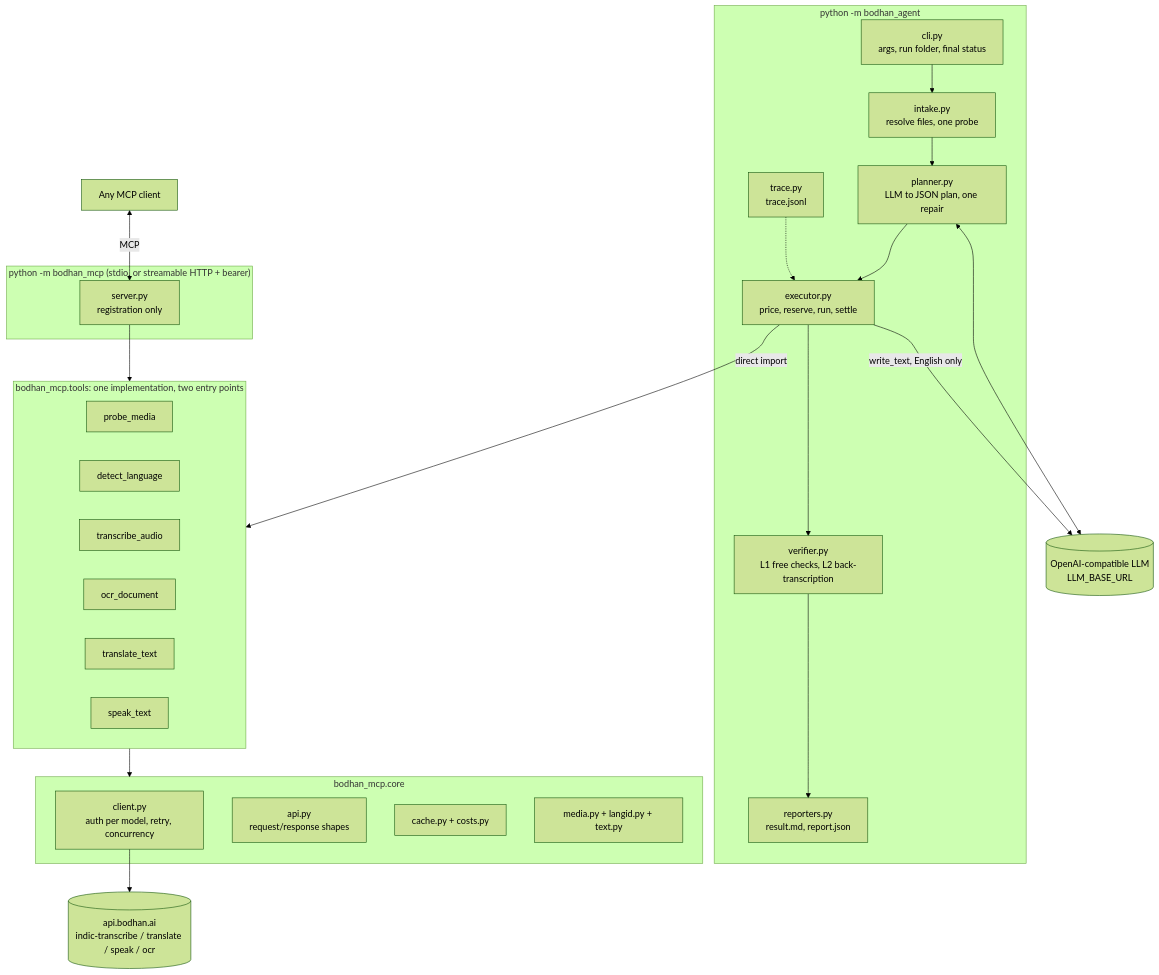
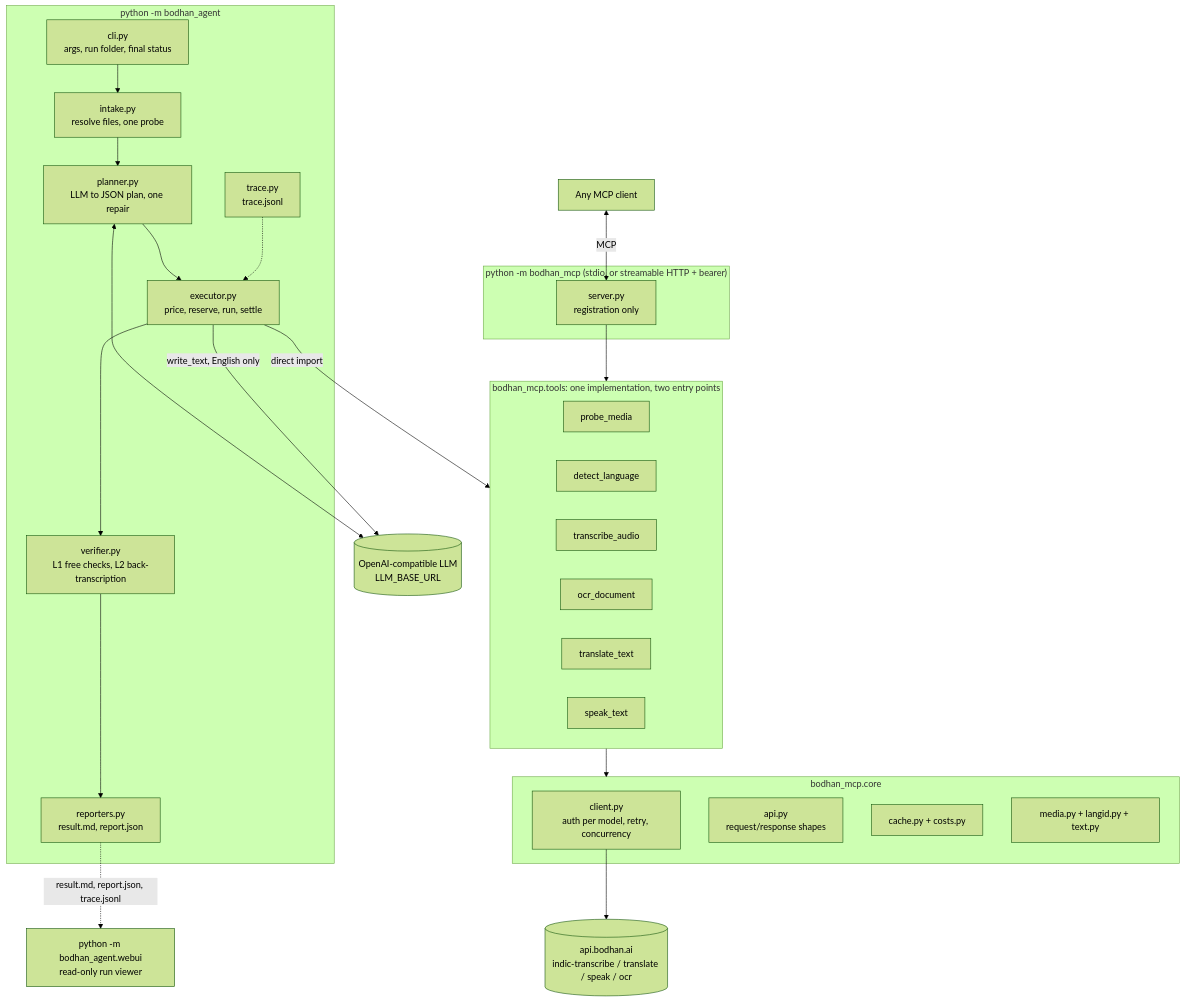
One commit to Bodhan-AI/Bodhan-AI-Cookbook changed the diagram in examples/indic_task_agent/docs/architecture.md. Above: the diagram before and after it, drawn with Mermaid (forest theme). The commit also changed 10 other files, not shown here.

````diff
--- a/examples/indic_task_agent/docs/architecture.md
+++ b/examples/indic_task_agent/docs/architecture.md
@@ -3,41 +3,44 @@
 ```mermaid
 graph TB
   subgraph AGENT["python -m bodhan_agent"]
     CLI["cli.py<br/>args, run folder, final status"] --> IN["intake.py<br/>resolve files, one probe"]
     IN --> PL["planner.py<br/>LLM to JSON plan, one repair"]
     PL --> EX["executor.py<br/>price, reserve, run, settle"]
     EX --> VF["verifier.py<br/>L1 free checks, L2 back-transcription"]
     VF --> RP["reporters.py<br/>result.md, report.json"]
     TR["trace.py<br/>trace.jsonl"] -.-> EX
   end
 
   LLM[("OpenAI-compatible LLM<br/>LLM_BASE_URL")]
   PL <--> LLM
   EX -->|write_text, English only| LLM
 
   subgraph SERVER["python -m bodhan_mcp (stdio, or streamable HTTP + bearer)"]
     SV["server.py<br/>registration only"]
   end
 
   subgraph TOOLS["bodhan_mcp.tools: one implementation, two entry points"]
     T1[probe_media]
     T2[detect_language]
     T3[transcribe_audio]
     T4[ocr_document]
     T5[translate_text]
     T6[speak_text]
   end
 
   subgraph CORE["bodhan_mcp.core"]
     C1["client.py<br/>auth per model, retry, concurrency"]
     C2["api.py<br/>request/response shapes"]
     C3["cache.py + costs.py"]
     C4["media.py + langid.py + text.py"]
   end
 
   MCPC["Any MCP client"] <-->|MCP| SV
   SV --> TOOLS
   EX -->|direct import| TOOLS
   TOOLS --> CORE
   C1 --> API[("api.bodhan.ai<br/>indic-transcribe / translate / speak / ocr")]
+
+  WV["python -m bodhan_agent.webui<br/>read-only run viewer"]
+  RP -.->|"result.md, report.json, trace.jsonl"| WV
 ```
````
